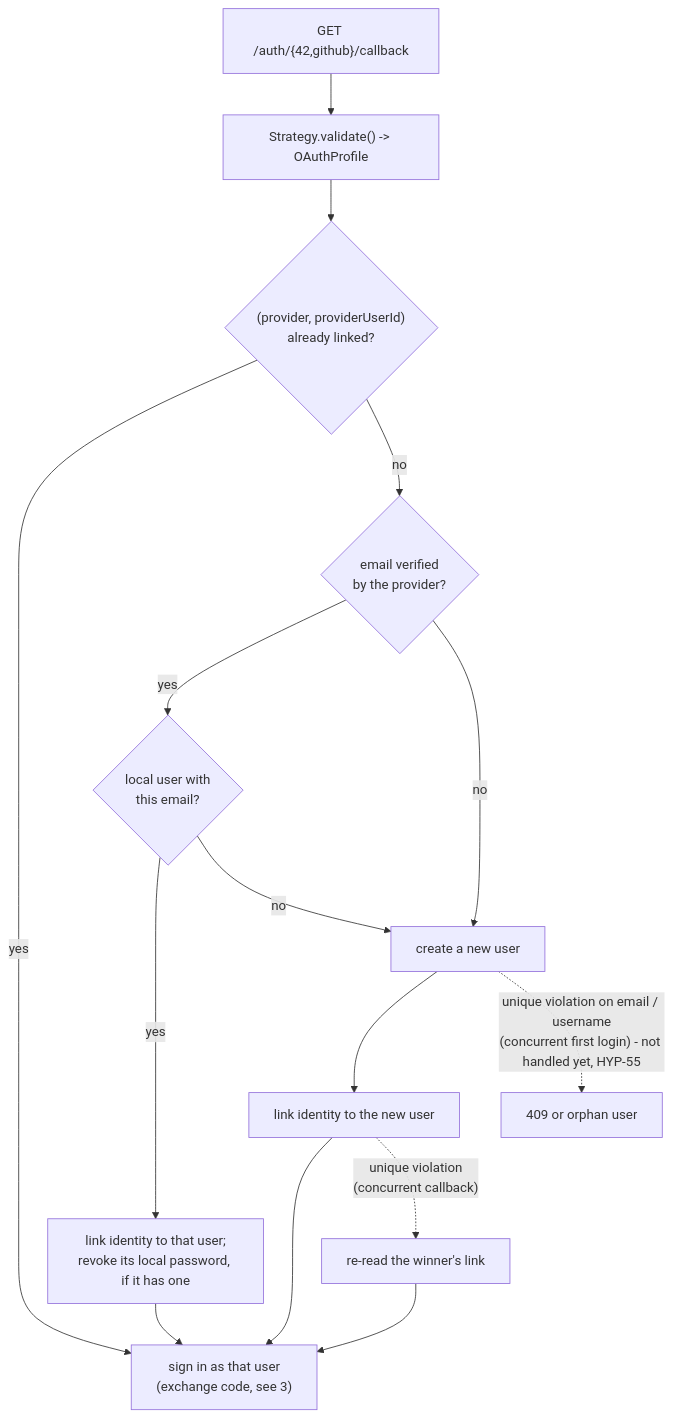
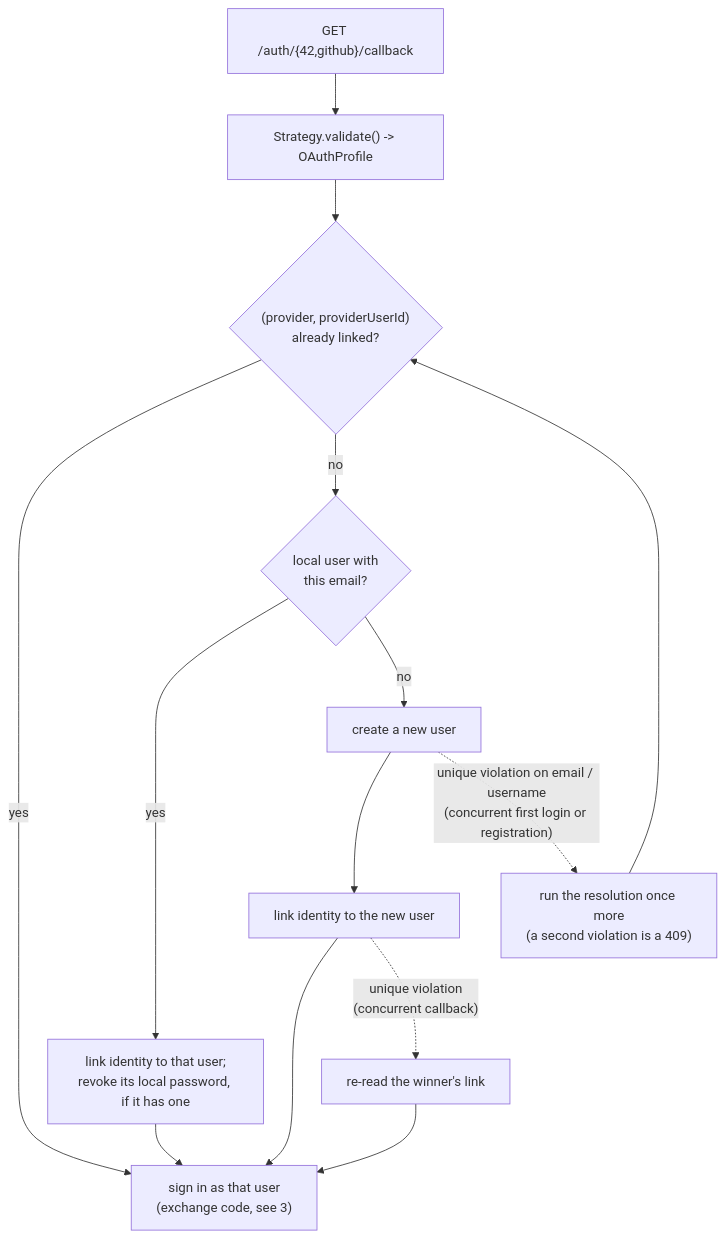
Before and after one commit to kidp8479/42_hypertube: the fifth of 8 diagrams in docs/diagrams/auth.md, drawn with Mermaid. The commit also changed other lines of this file and 2 other files, not shown here.

Commit message:
docs(HYP-55): record the verified-email contract and the creation-race rerun

````diff
--- a/docs/diagrams/auth.md
+++ b/docs/diagrams/auth.md
@@ -124,17 +126,16 @@
 ```mermaid
 flowchart TD
     A["GET /auth/{42,github}/callback"] --> B["Strategy.validate() -> OAuthProfile"]
     B --> C{"(provider, providerUserId)<br/>already linked?"}
     C -- yes --> L["sign in as that user<br/>(exchange code, see 3)"]
-    C -- no --> D{"email verified<br/>by the provider?"}
-    D -- yes --> E{"local user with<br/>this email?"}
-    D -- no --> F["create a new user"]
+    C -- no --> E{"local user with<br/>this email?"}
     E -- yes --> G["link identity to that user;<br/>revoke its local password, if it has one"]
-    E -- no --> F
+    E -- no --> F["create a new user"]
     F --> H["link identity to the new user"]
     G --> L
     H --> L
     H -. "unique violation<br/>(concurrent callback)" .-> R["re-read the winner's link"]
     R --> L
-    F -. "unique violation on email / username<br/>(concurrent first login) - not handled yet, HYP-55" .-> X["409 or orphan user"]
+    F -. "unique violation on email / username<br/>(concurrent first login or registration)" .-> C2["run the resolution once more<br/>(a second violation is a 409)"]
+    C2 --> C
 ```
````
